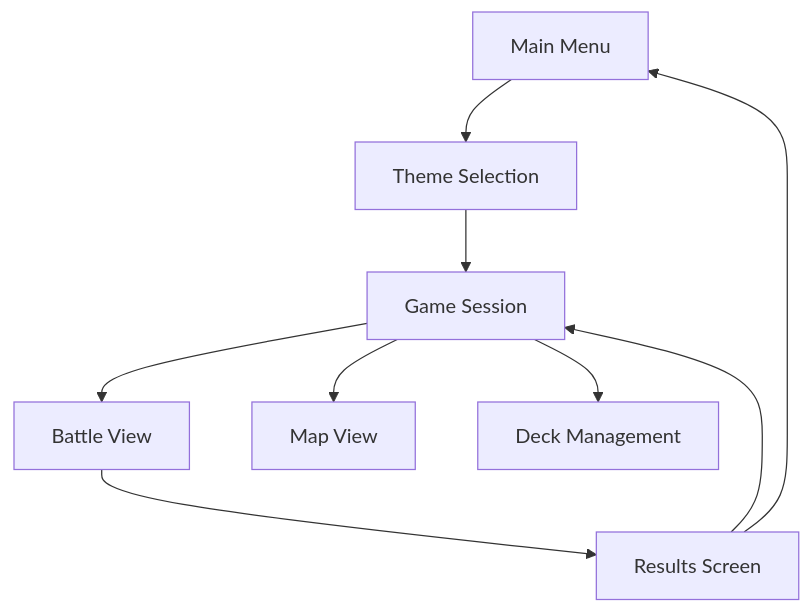
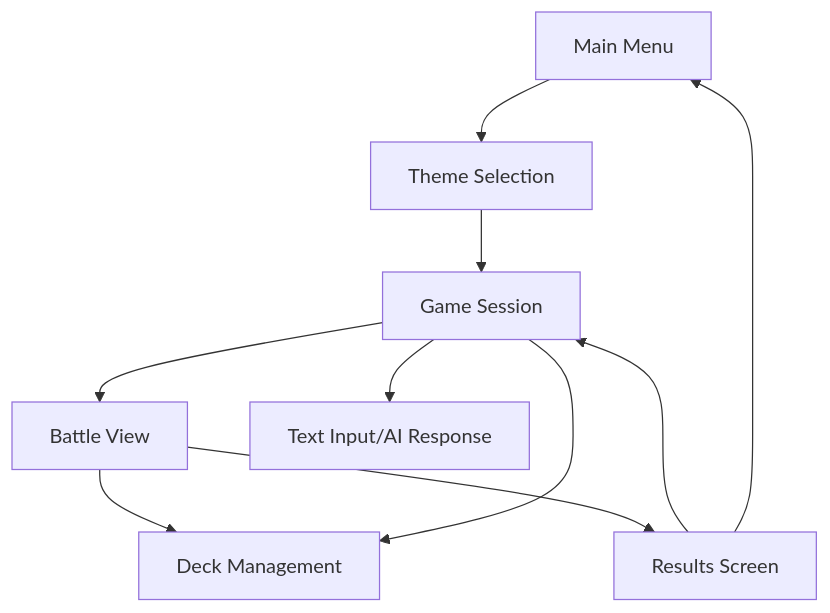
Before and after one commit to Samuelk-Chase/CS3450-Software-Engineering: the first of 3 diagrams in Design/frontendHighLevel.md, drawn with Mermaid. The commit also changed other lines of this file, not shown here.

Commit message:
Updated diagrams

````diff
--- a/Design/frontendHighLevel.md
+++ b/Design/frontendHighLevel.md
@@ -31,11 +31,11 @@
 ```mermaid
 graph TD
     A[Main Menu] --> B[Theme Selection]
     B --> C[Game Session]
-    C --> D[Battle View]
-    C --> E[Map View]
+    C --> D[Battle View] --> F[Deck Management]
+    C --> E[Text Input/AI Response] 
     C --> F[Deck Management]
     D --> G[Results Screen]
     G --> C
     G --> A
 ```
````
